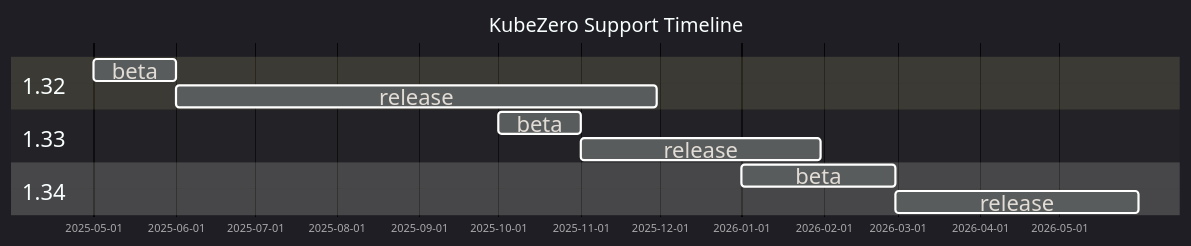
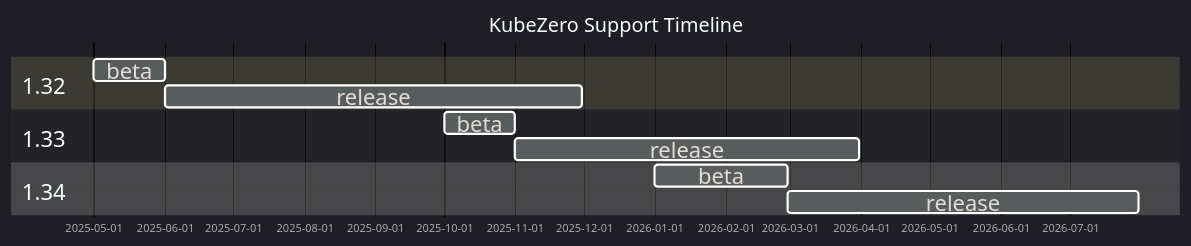
Before and after one commit to Zero-Down-Time/KubeZero: the diagram in README.md, drawn with Mermaid. The commit also changed 2 other files, not shown here.

Commit message:
docs: update README with release plans

````diff
--- a/README.md
+++ b/README.md
@@ -26,15 +26,15 @@
 ```mermaid
 %%{init: {'theme': 'dark', 'gantt': {'fontSize': '20','sectionFontSize':'20'}}}%%
 gantt
     title KubeZero Support Timeline
     dateFormat  YYYY-MM-DD
     section 1.32
     beta     :132b, 2025-05-01, 2025-06-01
     release  :after 132b, 2025-11-30
     section 1.33
     beta     :133b, 2025-10-01, 2025-11-01
-    release  :after 133b, 2026-01-31
+    release  :after 133b, 2026-03-31
     section 1.34
     beta     :134b, 2026-01-01, 2026-02-28
-    release  :after 134b, 2026-05-31
+    release  :after 134b, 2026-07-31
 ```
````
